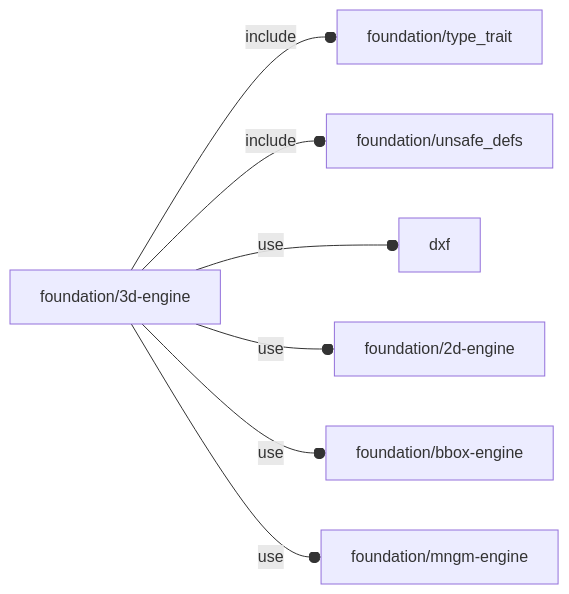
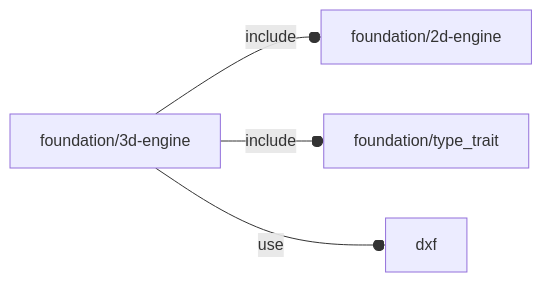
One commit to ggabbiani/OFL changed the diagram in orthodocs/foundation/3d-engine.md. Above: the diagram before and after it, drawn with Mermaid. The commit also changed 5 other files, not shown here.

````diff
--- a/orthodocs/foundation/3d-engine.md
+++ b/orthodocs/foundation/3d-engine.md
@@ -5,9 +5,6 @@
 ```mermaid
 graph LR
-    A1[foundation/3d-engine] --o|include| A2[foundation/type_trait]
-    A1 --o|include| A3[foundation/unsafe_defs]
+    A1[foundation/3d-engine] --o|include| A2[foundation/2d-engine]
+    A1 --o|include| A3[foundation/type_trait]
     A1 --o|use| A4[dxf]
-    A1 --o|use| A5[foundation/2d-engine]
-    A1 --o|use| A6[foundation/bbox-engine]
-    A1 --o|use| A7[foundation/mngm-engine]
 ```
````
